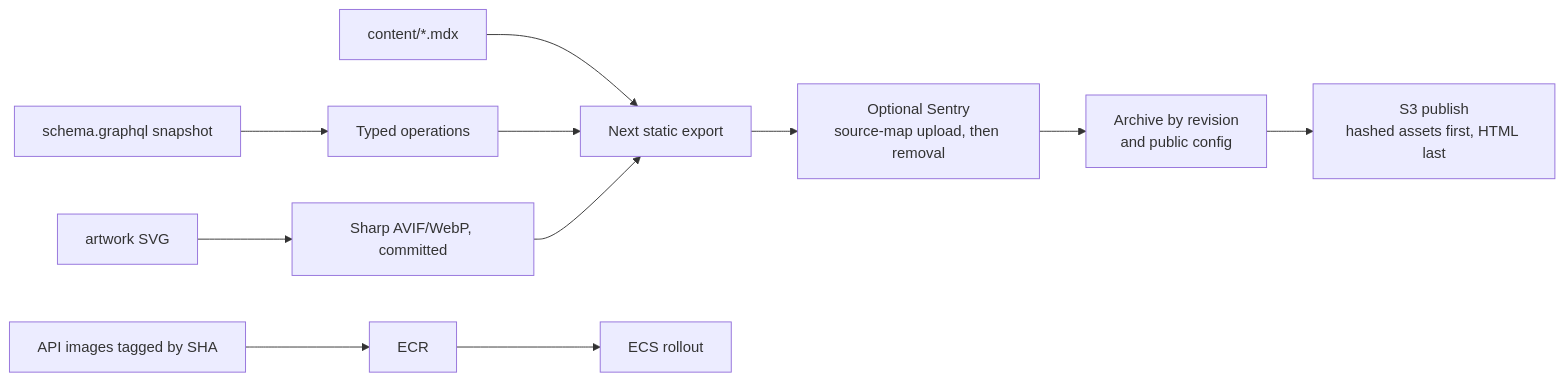
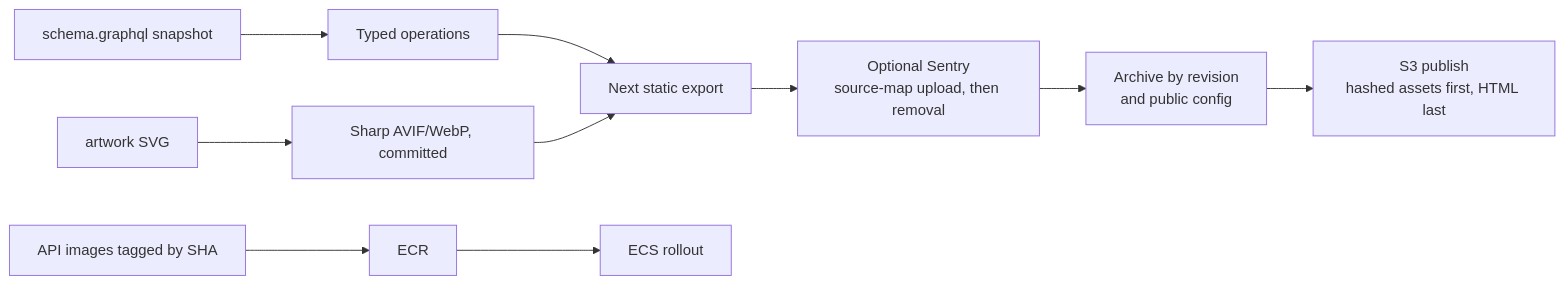
Before and after one commit to aaron-wilson/wander: the seventh of 7 diagrams in docs/architecture.md, drawn with Mermaid. The commit also changed other lines of this file and 1 other file, not shown here.

First line of the commit message:
docs: drop MDX from the stack overview

````diff
--- a/docs/architecture.md
+++ b/docs/architecture.md
@@ -191,11 +191,10 @@
 ```mermaid
 flowchart LR
   schema[schema.graphql snapshot] --> codegen[Typed operations]
-  mdx[content/*.mdx] --> next
   art[artwork SVG] --> sharp[Sharp AVIF/WebP, committed]
   codegen & sharp --> next[Next static export]
   next --> maps["Optional Sentry<br/>source-map upload, then removal"]
   maps --> archive["Archive by revision<br/>and public config"]
   archive --> publish["S3 publish<br/>hashed assets first, HTML last"]
   images[API images tagged by SHA] --> ecr[ECR] --> ecs[ECS rollout]
 ```
````
